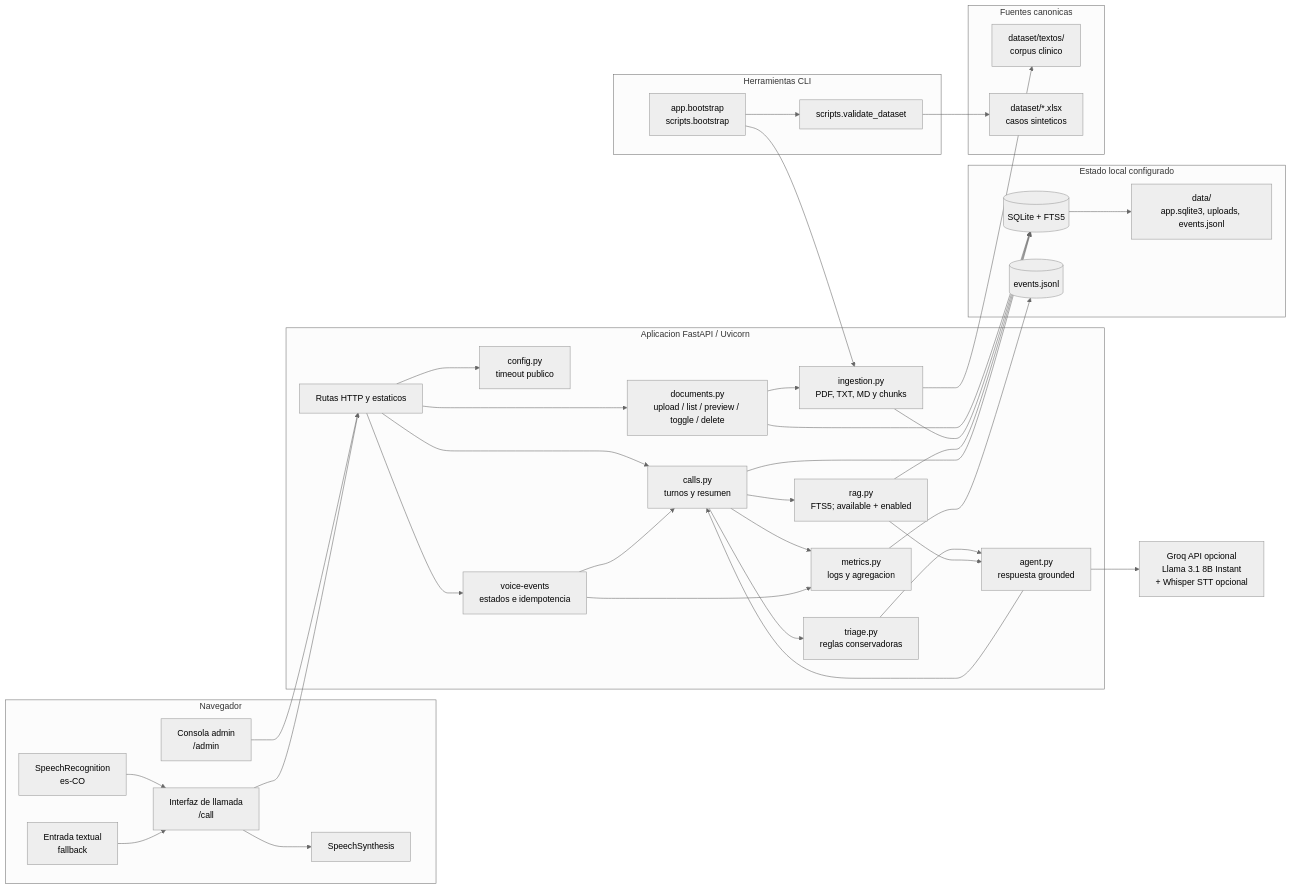
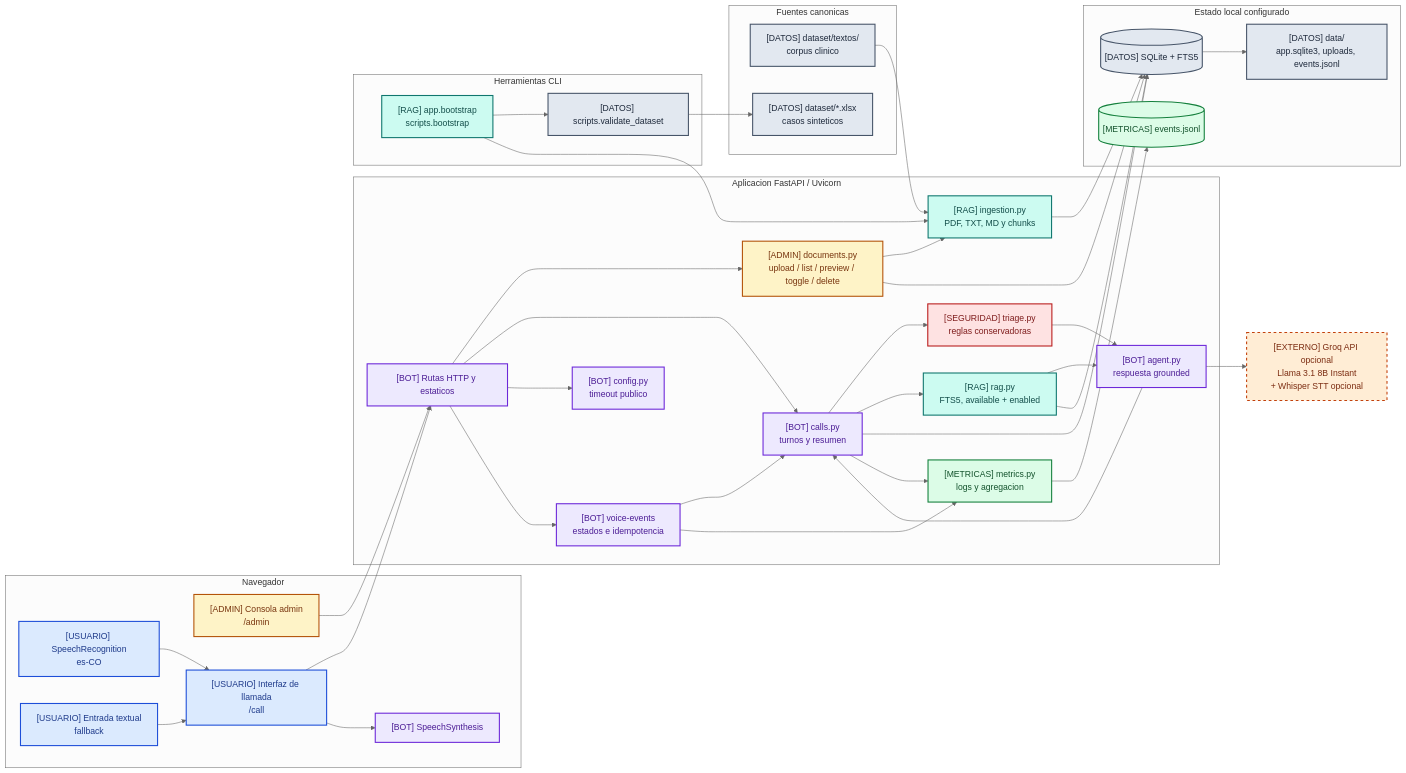
Before and after one commit to JhofredCam/TechSphereChallenge: the first of 3 diagrams in docs/arquitectura.md, drawn with Mermaid (neutral theme). The commit also changed other lines of this file and 2 other files, not shown here.

Commit message:
docs(architecture): fix and style Mermaid diagrams

````diff
--- a/docs/arquitectura.md
+++ b/docs/arquitectura.md
@@ -57,71 +62,80 @@
 ```mermaid
 flowchart LR
     subgraph Browser["Navegador"]
-        Admin["Consola admin<br/>/admin"]
-        Call["Interfaz de llamada<br/>/call"]
-        SpeechIn["SpeechRecognition<br/>es-CO"]
-        SpeechOut["SpeechSynthesis"]
-        TextFallback["Entrada textual<br/>fallback"]
+        Admin["[ADMIN] Consola admin<br/>/admin"]:::admin
+        Call["[USUARIO] Interfaz de llamada<br/>/call"]:::actor
+        SpeechIn["[USUARIO] SpeechRecognition<br/>es-CO"]:::actor
+        SpeechOut["[BOT] SpeechSynthesis"]:::bot
+        TextFallback["[USUARIO] Entrada textual<br/>fallback"]:::actor
     end
 
     subgraph API["Aplicacion FastAPI / Uvicorn"]
-        Routes["Rutas HTTP y estaticos"]
-        Config["config.py<br/>timeout publico"]
-        Documents["documents.py<br/>upload / list / preview / toggle / delete"]
-        Ingestion["ingestion.py<br/>PDF, TXT, MD y chunks"]
-        RAG["rag.py<br/>FTS5; available + enabled"]
-        Agent["agent.py<br/>respuesta grounded"]
-        Triage["triage.py<br/>reglas conservadoras"]
-        Calls["calls.py<br/>turnos y resumen"]
-        VoiceEvents["voice-events<br/>estados e idempotencia"]
-        Metrics["metrics.py<br/>logs y agregacion"]
+        Routes["[BOT] Rutas HTTP y estaticos"]:::bot
+        Config["[BOT] config.py<br/>timeout publico"]:::bot
+        Documents["[ADMIN] documents.py<br/>upload / list / preview / toggle / delete"]:::admin
+        Ingestion["[RAG] ingestion.py<br/>PDF, TXT, MD y chunks"]:::rag
+        RAG["[RAG] rag.py<br/>FTS5, available + enabled"]:::rag
+        Agent["[BOT] agent.py<br/>respuesta grounded"]:::bot
+        Triage["[SEGURIDAD] triage.py<br/>reglas conservadoras"]:::security
+        Calls["[BOT] calls.py<br/>turnos y resumen"]:::bot
+        VoiceEvents["[BOT] voice-events<br/>estados e idempotencia"]:::bot
+        Metrics["[METRICAS] metrics.py<br/>logs y agregacion"]:::metrics
     end
 
     subgraph Local["Estado local configurado"]
-        DB[("SQLite + FTS5")]
-        JSONL[("events.jsonl")]
-        Data["data/<br/>app.sqlite3, uploads, events.jsonl"]
+        DB[("[DATOS] SQLite + FTS5")]:::data
+        JSONL[("[METRICAS] events.jsonl")]:::metrics
+        Data["[DATOS] data/<br/>app.sqlite3, uploads, events.jsonl"]:::data
     end
 
     subgraph Sources["Fuentes canonicas"]
-        Corpus["dataset/textos/<br/>corpus clinico"]
-        XLSX["dataset/*.xlsx<br/>casos sinteticos"]
+        Corpus["[DATOS] dataset/textos/<br/>corpus clinico"]:::data
+        XLSX["[DATOS] dataset/*.xlsx<br/>casos sinteticos"]:::data
     end
 
     subgraph Tools["Herramientas CLI"]
-        Bootstrap["app.bootstrap<br/>scripts.bootstrap"]
-        Validate["scripts.validate_dataset"]
+        Bootstrap["[RAG] app.bootstrap<br/>scripts.bootstrap"]:::rag
+        Validate["[DATOS] scripts.validate_dataset"]:::data
     end
 
-    Groq["Groq API opcional<br/>Llama 3.1 8B Instant<br/>+ Whisper STT opcional"]
+    Groq["[EXTERNO] Groq API opcional<br/>Llama 3.1 8B Instant<br/>+ Whisper STT opcional"]:::external
 
     Admin --> Routes
     Call --> Routes
     SpeechIn --> Call
     TextFallback --> Call
     Call --> SpeechOut
     Routes --> Documents
     Routes --> Calls
     Routes --> Config
     Routes --> VoiceEvents
     Documents --> Ingestion
     Documents --> DB
-    Ingestion --> Corpus
+    Corpus --> Ingestion
     Ingestion --> DB
     Bootstrap --> Validate
     Validate --> XLSX
     Bootstrap --> Ingestion
     Calls --> Triage
     Calls --> RAG
     VoiceEvents --> Calls
     Triage --> Agent
     RAG --> Agent
     RAG --> DB
     Agent --> Groq
     Agent --> Calls
     Calls --> DB
     Calls --> Metrics
     VoiceEvents --> Metrics
     Metrics --> JSONL
     DB --> Data
+
+    classDef actor fill:#DBEAFE,stroke:#1D4ED8,color:#1E3A8A,stroke-width:2px;
+    classDef admin fill:#FEF3C7,stroke:#B45309,color:#78350F,stroke-width:2px;
+    classDef bot fill:#EDE9FE,stroke:#6D28D9,color:#4C1D95,stroke-width:2px;
+    classDef rag fill:#CCFBF1,stroke:#0F766E,color:#134E4A,stroke-width:2px;
+    classDef data fill:#E2E8F0,stroke:#475569,color:#1E293B,stroke-width:2px;
+    classDef external fill:#FFEDD5,stroke:#C2410C,color:#7C2D12,stroke-width:2px,stroke-dasharray:5 5;
+    classDef security fill:#FEE2E2,stroke:#B91C1C,color:#7F1D1D,stroke-width:2px;
+    classDef metrics fill:#DCFCE7,stroke:#15803D,color:#14532D,stroke-width:2px;
 ```
````
